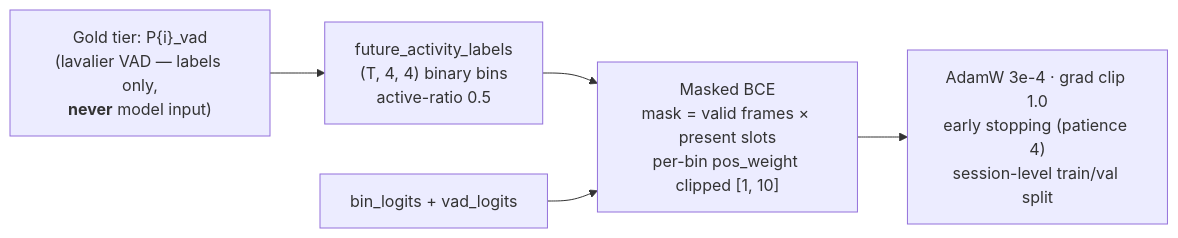
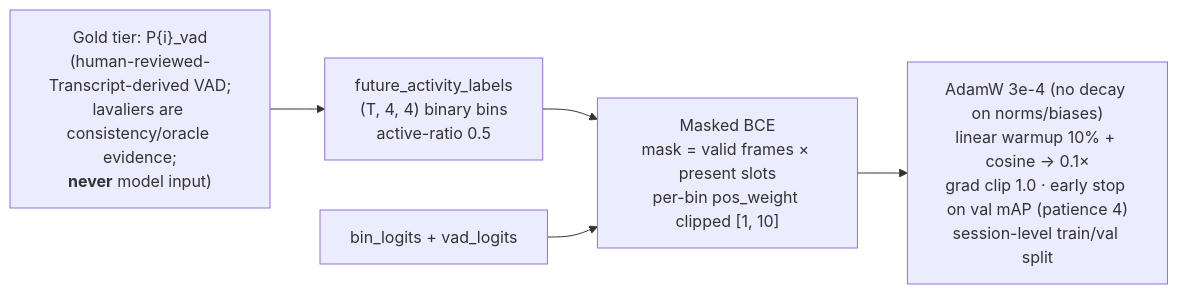
One commit to LeGendZyx/hri-turn-taking changed the second of 2 diagrams in ARCHITECTURE.md. Above: the diagram before and after it, drawn with Mermaid. The commit also changed other lines of this file and 156 other files, not shown here.

````diff
--- a/ARCHITECTURE.md
+++ b/ARCHITECTURE.md
@@ -61,7 +77,7 @@
 ```mermaid
 flowchart LR
-    GOLD["Gold tier: P{i}_vad<br/>(lavalier VAD — labels only,<br/><b>never</b> model input)"] --> LBL["future_activity_labels<br/>(T, 4, 4) binary bins<br/>active-ratio 0.5"]
+    GOLD["Gold tier: P{i}_vad<br/>(human-reviewed-Transcript-derived VAD;<br/>lavaliers are consistency/oracle evidence;<br/><b>never</b> model input)"] --> LBL["future_activity_labels<br/>(T, 4, 4) binary bins<br/>active-ratio 0.5"]
     LBL --> LOSS["Masked BCE<br/>mask = valid frames × present slots<br/>per-bin pos_weight clipped [1, 10]"]
     PRED["bin_logits + vad_logits"] --> LOSS
-    LOSS --> OPT["AdamW 3e-4 · grad clip 1.0<br/>early stopping (patience 4)<br/>session-level train/val split"]
+    LOSS --> OPT["AdamW 3e-4 (no decay on norms/biases)<br/>linear warmup 10% + cosine → 0.1×<br/>grad clip 1.0 · early stop on val mAP (patience 4)<br/>session-level train/val split"]
 ```
````
